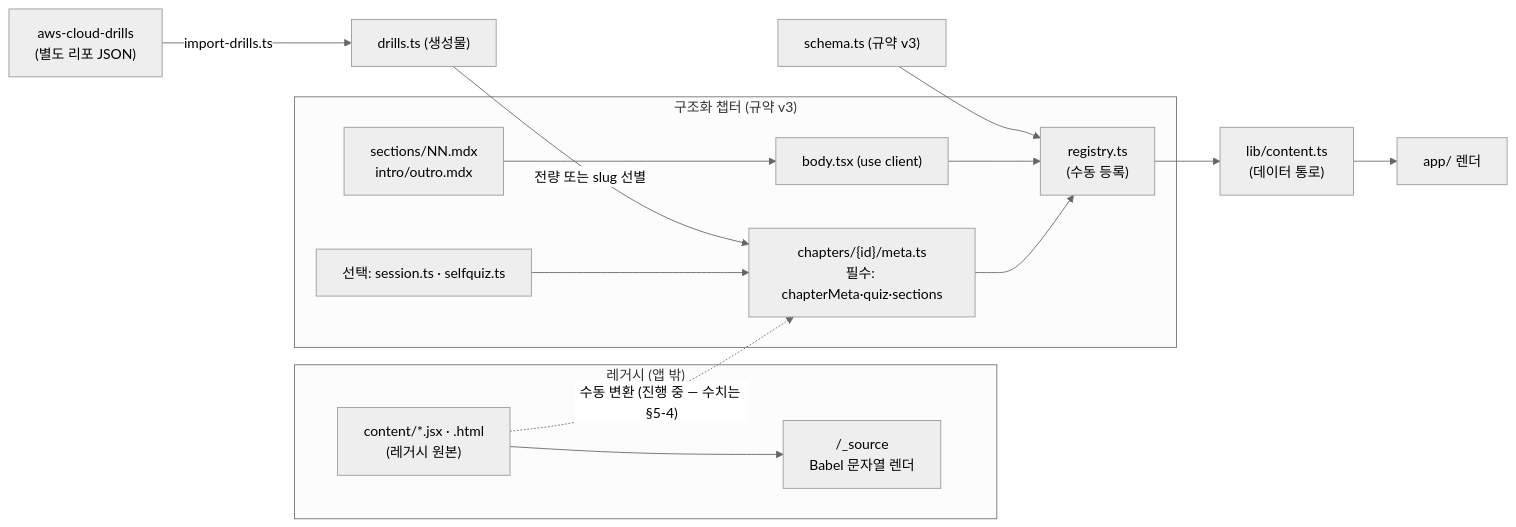
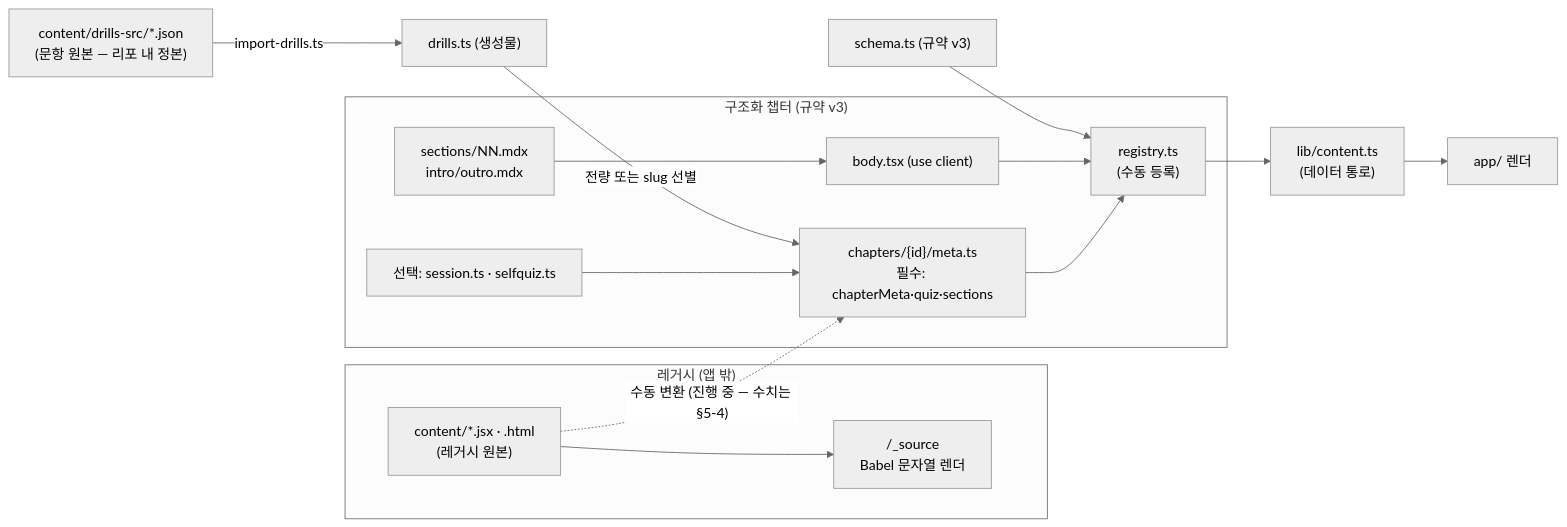
One commit to padahkim/aws-reps changed the third of 4 diagrams in docs/ARCHITECTURE.md. Above: the diagram before and after it, drawn with Mermaid (neutral theme). The commit also changed other lines of this file and 4 other files, not shown here.

````diff
--- a/docs/ARCHITECTURE.md
+++ b/docs/ARCHITECTURE.md
@@ -197,25 +197,25 @@
 ```mermaid
 flowchart LR
   subgraph legacy["레거시 (앱 밖)"]
     jsx["content/*.jsx · .html<br/>(레거시 원본)"] --> src["/_source<br/>Babel 문자열 렌더"]
   end
 
   subgraph structured["구조화 챕터 (규약 v3)"]
     meta["chapters/{id}/meta.ts<br/>필수: chapterMeta·quiz·sections"]
     opt["선택: session.ts · selfquiz.ts"]
     mdx["sections/NN.mdx<br/>intro/outro.mdx"]
     bodytsx["body.tsx (use client)"]
     opt --> meta
     meta --> reg
     bodytsx --> reg
   end
 
-  drillsrc["aws-cloud-drills<br/>(별도 리포 JSON)"] -->|"import-drills.ts"| drills["drills.ts (생성물)"]
+  drillsrc["content/drills-src/*.json<br/>(문항 원본 — 리포 내 정본)"] -->|"import-drills.ts"| drills["drills.ts (생성물)"]
   drills -->|"전량 또는 slug 선별"| meta
 
   jsx -.->|"수동 변환 (진행 중 — 수치는 §5-4)"| meta
   reg["registry.ts<br/>(수동 등록)"] --> libc["lib/content.ts<br/>(데이터 통로)"]
   schema["schema.ts (규약 v3)"] --> reg
   libc --> app["app/ 렌더"]
   mdx --> bodytsx
 ```
````
